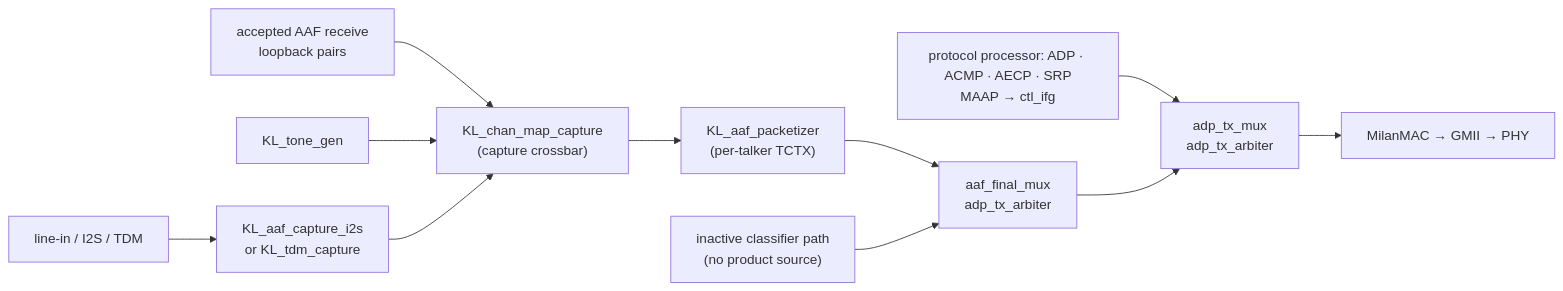
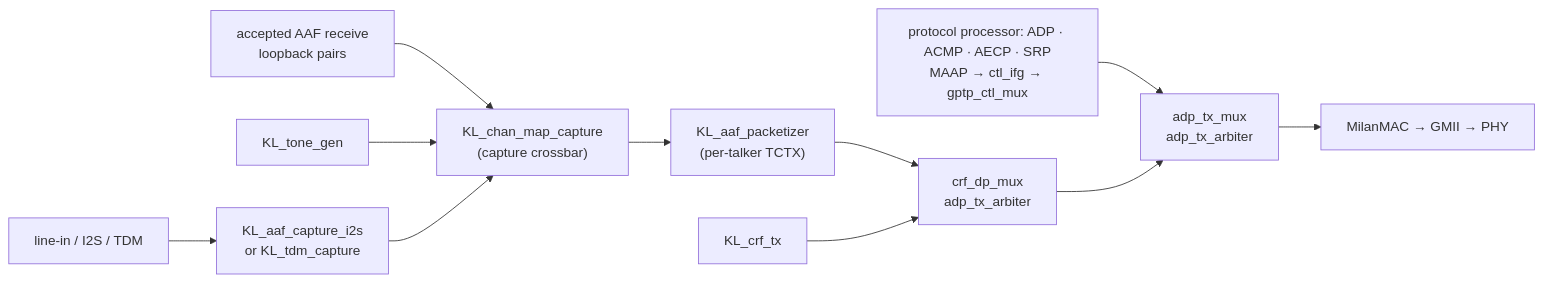
Before and after one commit to kebag-logic/milan-fpga: the first of 2 diagrams in docs/fpga/DATAPLANE_WALKTHROUGH.md, drawn with Mermaid. The commit also changed other lines of this file and 47 other files, not shown here.

````diff
--- a/docs/fpga/DATAPLANE_WALKTHROUGH.md
+++ b/docs/fpga/DATAPLANE_WALKTHROUGH.md
@@ -69,13 +70,13 @@
 ```mermaid
 flowchart LR
     ADC["line-in / I2S / TDM"] --> CAP["KL_aaf_capture_i2s<br/>or KL_tdm_capture"]
     LOOP["accepted AAF receive<br/>loopback pairs"] --> XBAR
     TONE["KL_tone_gen"] --> XBAR
     CAP --> XBAR["KL_chan_map_capture<br/>(capture crossbar)"]
     XBAR --> PKT["KL_aaf_packetizer<br/>(per-talker TCTX)"]
-    PKT --> AMUX["aaf_final_mux<br/>adp_tx_arbiter"]
-    IDLE["inactive classifier path<br/>(no product source)"] --> AMUX
-    CTRL["protocol processor: ADP · ACMP · AECP · SRP<br/>MAAP → ctl_ifg"] --> TMUX
+    PKT --> AMUX["crf_dp_mux<br/>adp_tx_arbiter"]
+    CRF["KL_crf_tx"] --> AMUX
+    CTRL["protocol processor: ADP · ACMP · AECP · SRP<br/>MAAP → ctl_ifg → gptp_ctl_mux"] --> TMUX
     AMUX --> TMUX["adp_tx_mux<br/>adp_tx_arbiter"]
     TMUX --> MAC["MilanMAC → GMII → PHY"]
 ```
````
